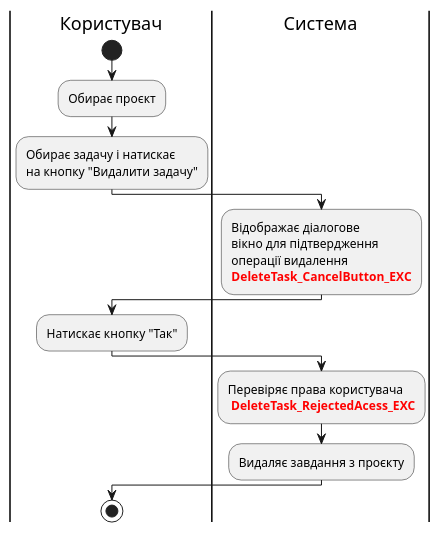
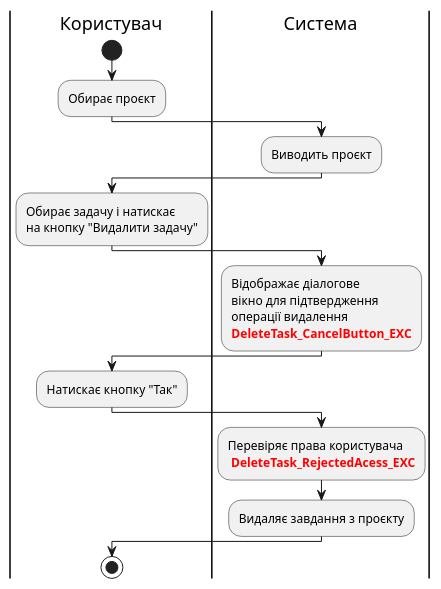
Before and after one commit to boldak/edu-db-cw: diagram 11 of 24 in docs/use cases/README.md, drawn with PlantUML. The commit also changed other lines of this file, not shown here.

```diff
--- a/docs/use cases/README.md
+++ b/docs/use cases/README.md
@@ -593,20 +593,25 @@
 @startuml
 
 |Користувач|
 start;
 :Обирає проєкт;
+
+|Система|
+:Виводить проєкт;
+
+|Користувач|
 :Обирає задачу і натискає\nна кнопку "Видалити задачу";
 
 |Система|
 :Відображає діалогове\nвікно для підтвердження\nоперації видалення\n<font color="red"><b>DeleteTask_CancelButton_EXC;
 
 |Користувач|
 :Натискає кнопку "Так";
 
 |Система|
 :Перевіряє права користувача\n<font color="red"><b> DeleteTask_RejectedAcess_EXC;
 :Видаляє завдання з проєкту;
 
 |Користувач|
 stop;
 @enduml
```
